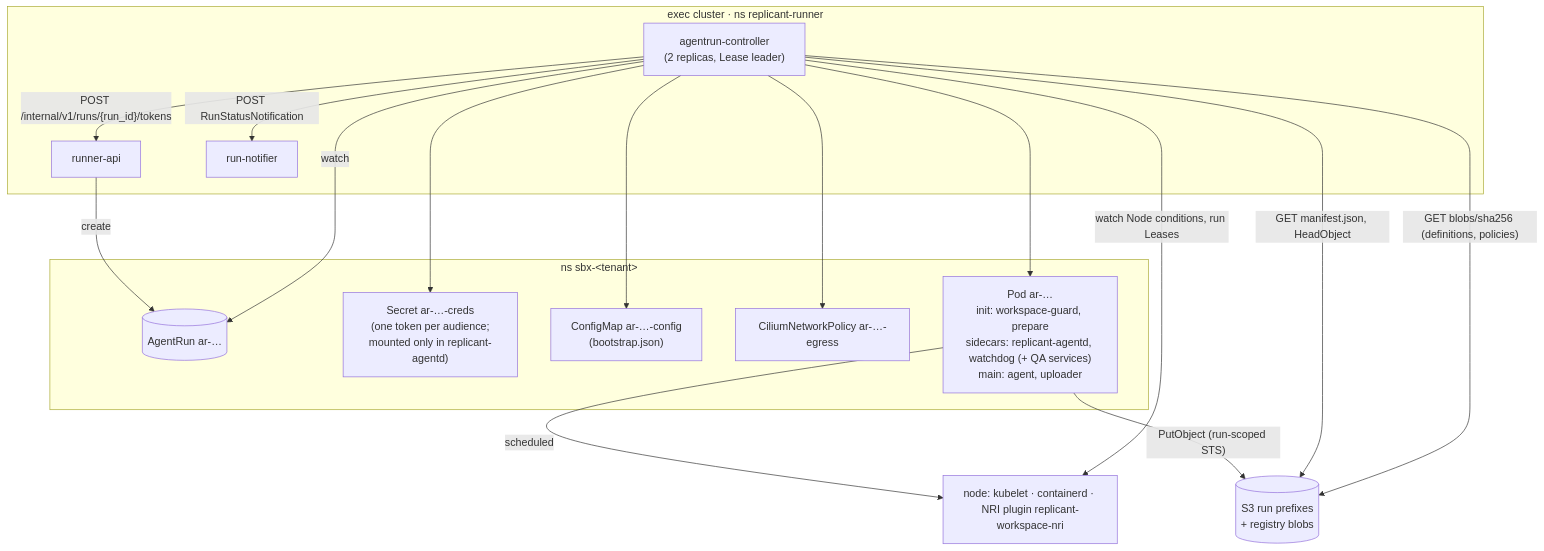
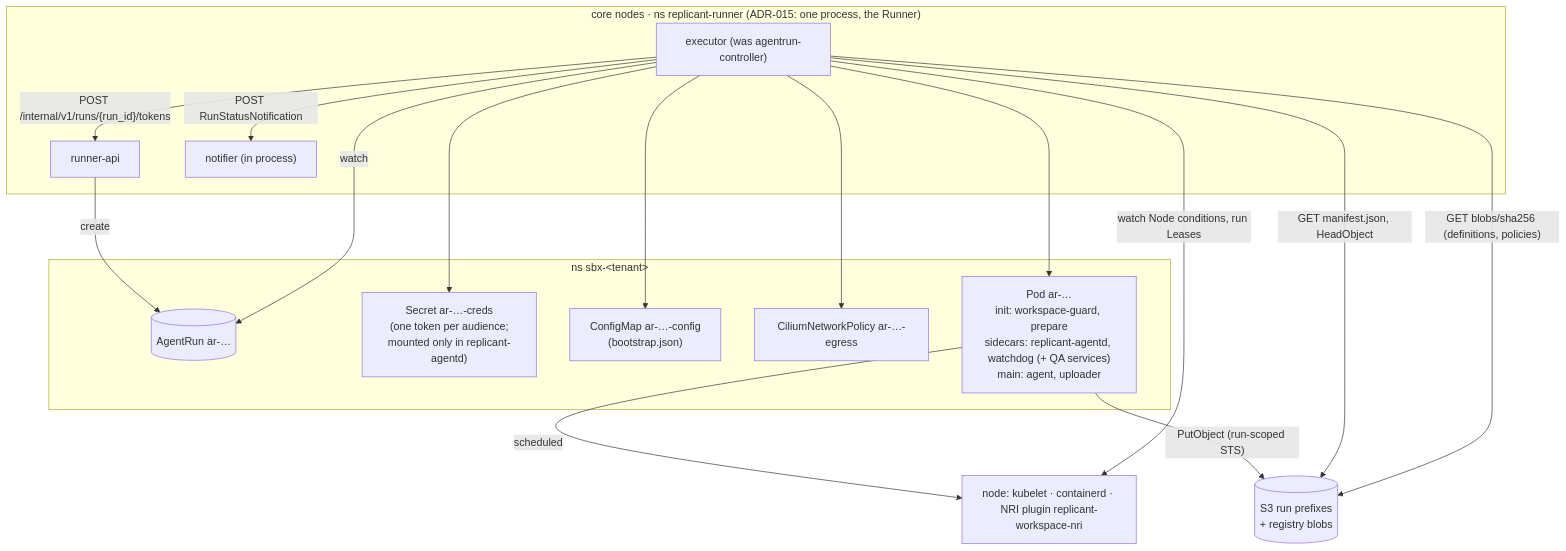
The first of 2 diagrams in spec/02-execution/controller.md (ryanpflynn/replicant), drawn with Mermaid before and after one commit. The commit also changed other lines of this file and 199 other files, not shown here.

````diff
--- a/spec/02-execution/controller.md
+++ b/spec/02-execution/controller.md
@@ -33,27 +55,27 @@
 ```mermaid
 flowchart TB
-  subgraph exec["exec cluster · ns replicant-runner"]
+  subgraph exec["core nodes · ns replicant-runner (ADR-015: one process, the Runner)"]
     RA[runner-api]
-    CT["agentrun-controller<br/>(2 replicas, Lease leader)"]
-    RN[run-notifier]
+    CT["executor (was agentrun-controller)"]
+    RN["notifier (in process)"]
   end
   subgraph sbx["ns sbx-&lt;tenant&gt;"]
     AR[(AgentRun ar-…)]
     SEC["Secret ar-…-creds<br/>(one token per audience;<br/>mounted only in replicant-agentd)"]
     CM["ConfigMap ar-…-config<br/>(bootstrap.json)"]
     CNP["CiliumNetworkPolicy ar-…-egress"]
     POD["Pod ar-…<br/>init: workspace-guard, prepare<br/>sidecars: replicant-agentd, watchdog (+ QA services)<br/>main: agent, uploader"]
   end
   S3[(S3 run prefixes<br/>+ registry blobs)]
   NODE["node: kubelet · containerd · NRI plugin replicant-workspace-nri"]
   RA -->|create| AR
   CT -->|watch| AR
   CT -->|"POST /internal/v1/runs/{run_id}/tokens"| RA
   CT --> SEC & CM & CNP & POD
   POD -->|scheduled| NODE
   POD -->|"PutObject (run-scoped STS)"| S3
   CT -->|"GET manifest.json, HeadObject"| S3
   CT -->|"GET blobs/sha256 (definitions, policies)"| S3
   CT -->|"POST RunStatusNotification"| RN
   CT -->|"watch Node conditions, run Leases"| NODE
 ```
````
